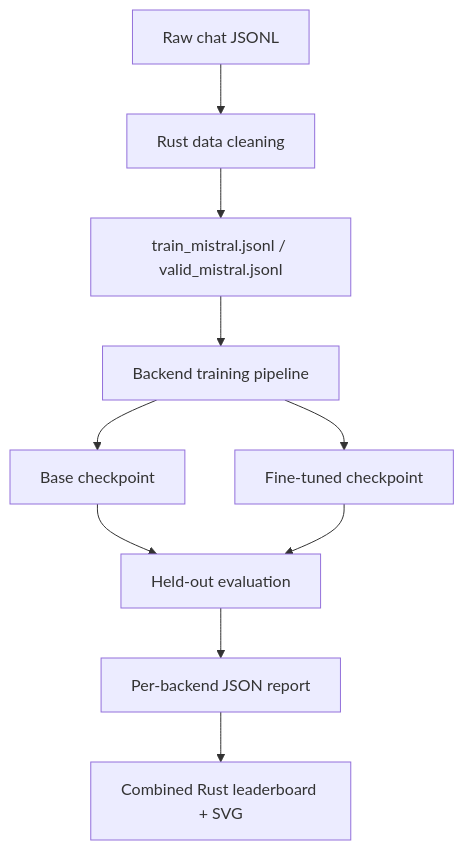
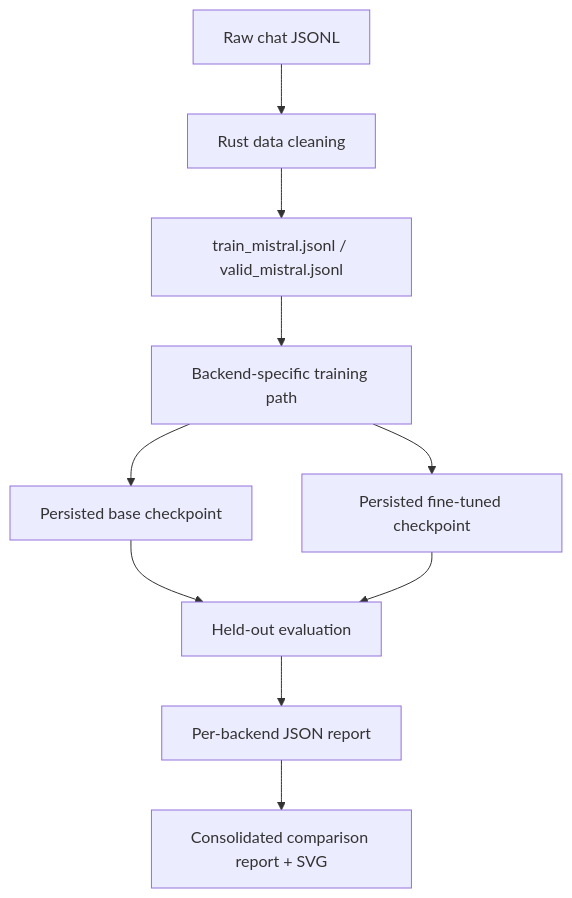
Before and after one commit to hghalebi/rust-mistral-finetune-benchmark: the diagram in ARCHITECTURE.md, drawn with Mermaid. The commit also changed other lines of this file and 5 other files, not shown here.

````diff
--- a/ARCHITECTURE.md
+++ b/ARCHITECTURE.md
@@ -59,12 +38,12 @@
 ```mermaid
 flowchart TD
     A["Raw chat JSONL"] --> B["Rust data cleaning"]
     B --> C["train_mistral.jsonl / valid_mistral.jsonl"]
-    C --> D["Backend training pipeline"]
-    D --> E["Base checkpoint"]
-    D --> F["Fine-tuned checkpoint"]
+    C --> D["Backend-specific training path"]
+    D --> E["Persisted base checkpoint"]
+    D --> F["Persisted fine-tuned checkpoint"]
     E --> G["Held-out evaluation"]
     F --> G
     G --> H["Per-backend JSON report"]
-    H --> I["Combined Rust leaderboard + SVG"]
+    H --> I["Consolidated comparison report + SVG"]
 ```
````
